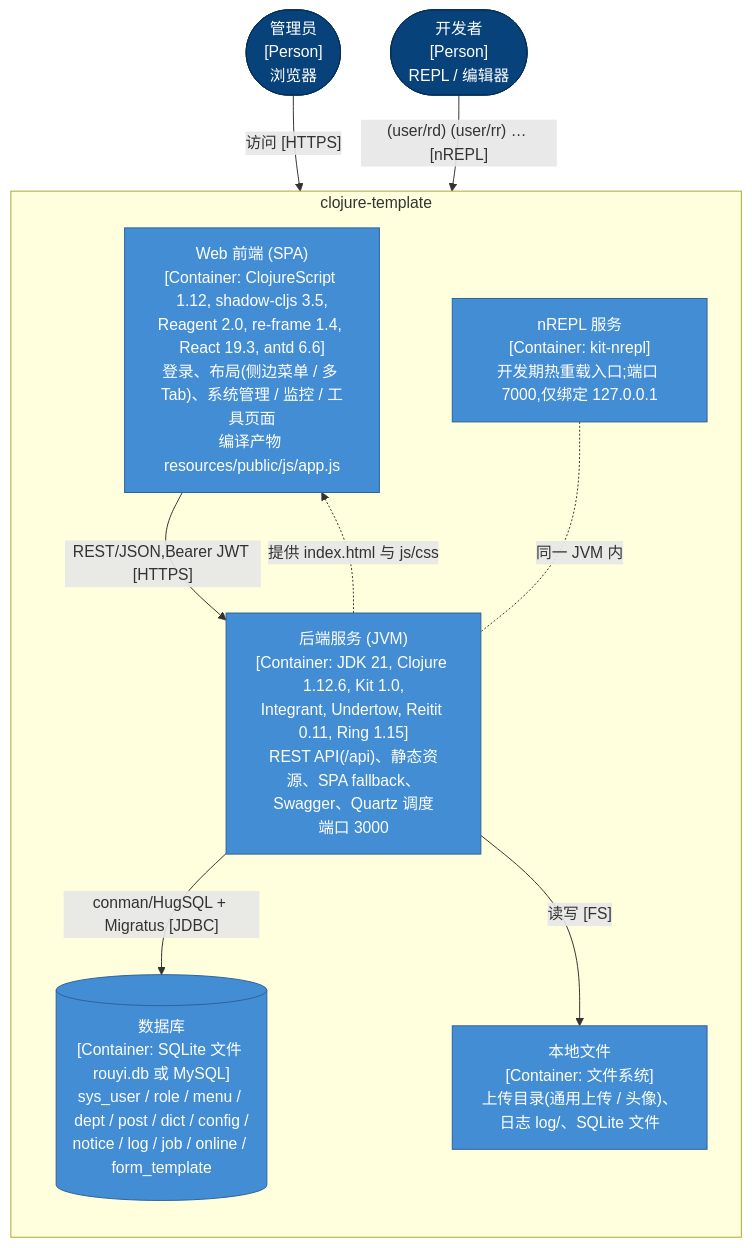
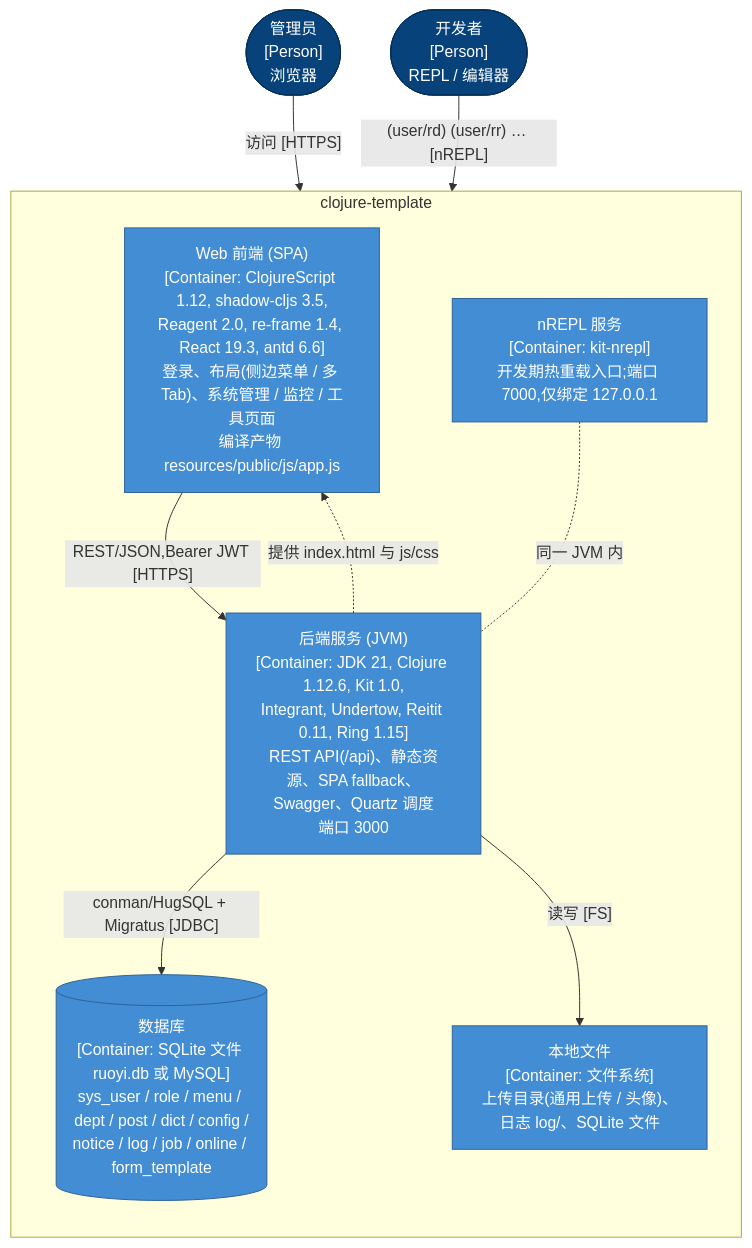
The second of 14 diagrams in docs/architecture/c4-model.org (RedCreationTech/clj-cljs-template), drawn with Mermaid before and after one commit. The commit also changed other lines of this file and 257 other files, not shown here.

```diff
--- a/docs/architecture/c4-model.org
+++ b/docs/architecture/c4-model.org
@@ -94,22 +94,22 @@
 #+begin_src mermaid :file img/c4-containers.svg :exports results
 flowchart TB
   admin(["管理员<br/>[Person]<br/>浏览器"]):::person
   dev(["开发者<br/>[Person]<br/>REPL / 编辑器"]):::person
   subgraph SYS["clojure-template"]
     direction TB
     spa["Web 前端 (SPA)<br/>[Container: ClojureScript 1.12, shadow-cljs 3.5,<br/>Reagent 2.0, re-frame 1.4, React 19.3, antd 6.6]<br/>登录、布局(侧边菜单 / 多 Tab)、系统管理 / 监控 / 工具页面<br/>编译产物 resources/public/js/app.js"]:::container
     backend["后端服务 (JVM)<br/>[Container: JDK 21, Clojure 1.12.6, Kit 1.0,<br/>Integrant, Undertow, Reitit 0.11, Ring 1.15]<br/>REST API(/api)、静态资源、SPA fallback、Swagger、Quartz 调度<br/>端口 3000"]:::container
     nrepl["nREPL 服务<br/>[Container: kit-nrepl]<br/>开发期热重载入口;端口 7000,仅绑定 127.0.0.1"]:::container
-    db[("数据库<br/>[Container: SQLite 文件 rouyi.db 或 MySQL]<br/>sys_user / role / menu / dept / post / dict / config /<br/>notice / log / job / online / form_template")]:::container
+    db[("数据库<br/>[Container: SQLite 文件 ruoyi.db 或 MySQL]<br/>sys_user / role / menu / dept / post / dict / config /<br/>notice / log / job / online / form_template")]:::container
     fs["本地文件<br/>[Container: 文件系统]<br/>上传目录(通用上传 / 头像)、日志 log/、SQLite 文件"]:::container
   end
   admin -- "访问 [HTTPS]" --> spa
   spa -- "REST/JSON,Bearer JWT [HTTPS]" --> backend
   backend -. "提供 index.html 与 js/css" .-> spa
   dev -- "(user/rd) (user/rr) … [nREPL]" --> nrepl
   nrepl -. 同一 JVM 内 .- backend
   backend -- "conman/HugSQL + Migratus [JDBC]" --> db
   backend -- "读写 [FS]" --> fs
   classDef person fill:#08427b,stroke:#052e56,color:#fff
   classDef container fill:#438dd5,stroke:#2e6295,color:#fff
 #+end_src
```
